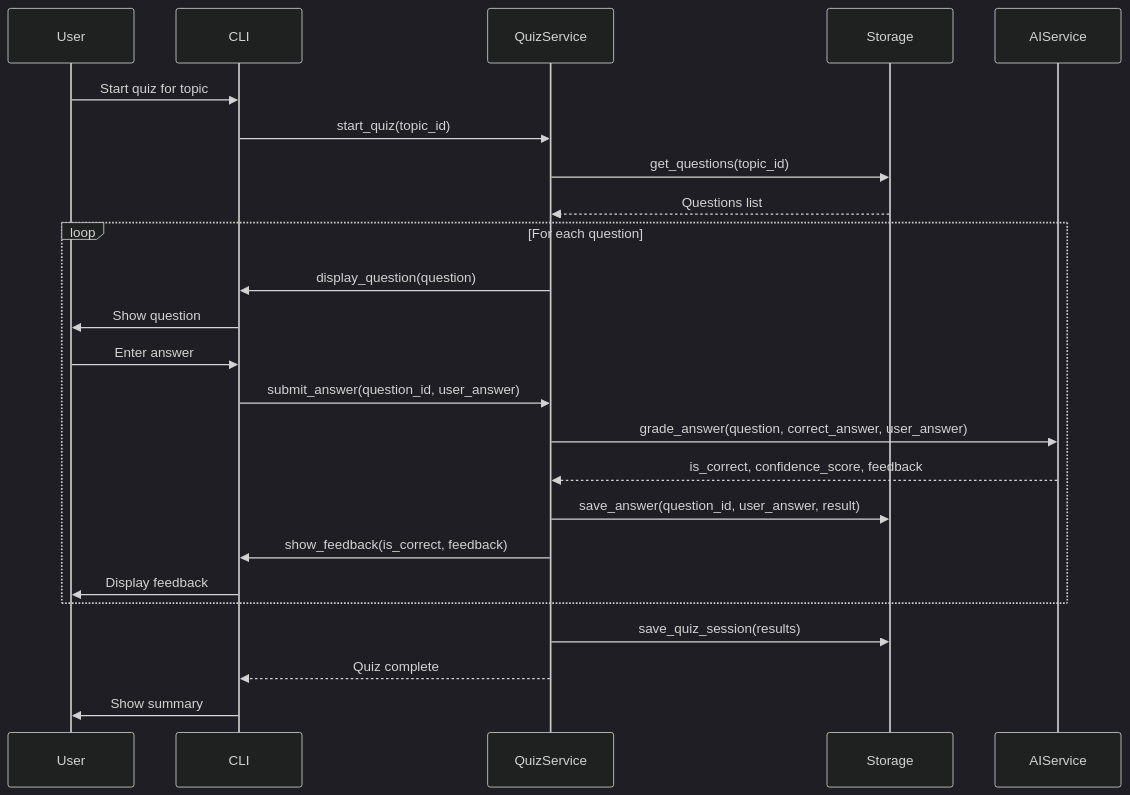
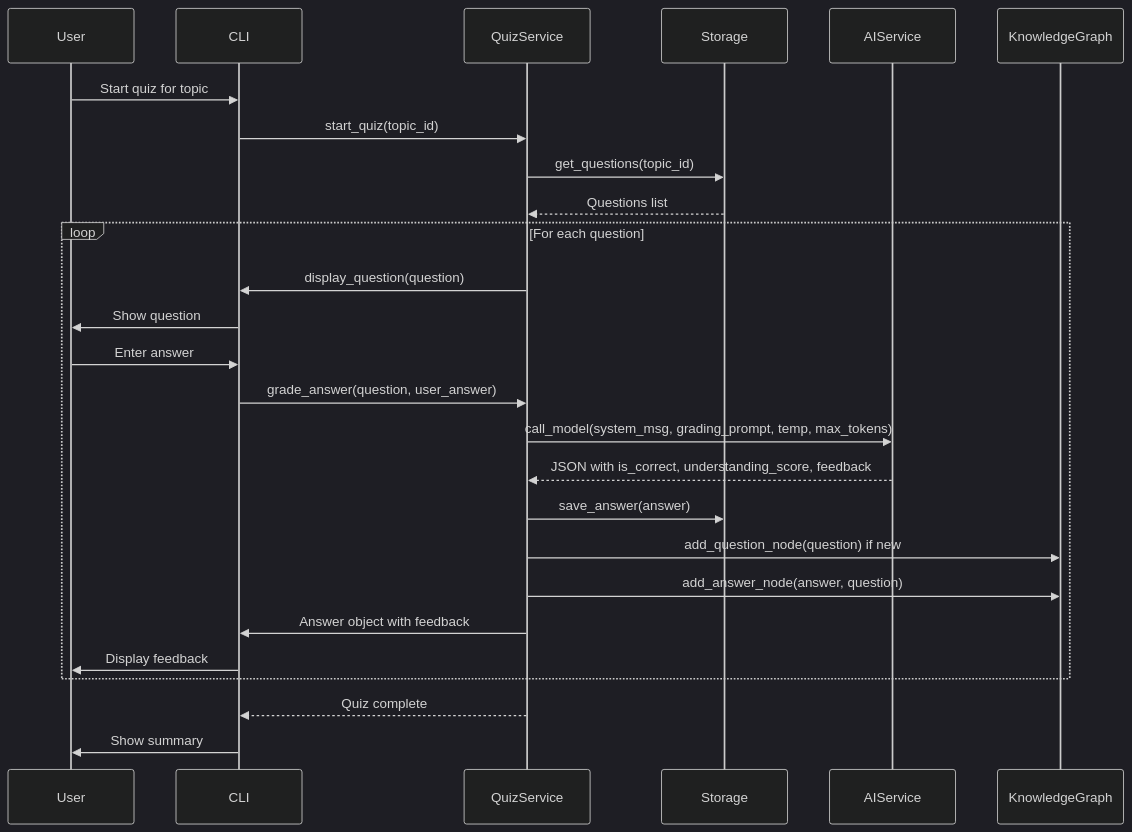
Before and after one commit to bryanchanrgb/inkling: the second of 2 diagrams in README.md, drawn with Mermaid (dark theme). The commit also changed other lines of this file and 1 other file, not shown here.

````diff
--- a/README.md
+++ b/README.md
@@ -95,27 +103,29 @@
 ```mermaid
 sequenceDiagram
     participant User
     participant CLI
     participant QuizService
     participant Storage
     participant AIService
+    participant KnowledgeGraph
     
     User->>CLI: Start quiz for topic
     CLI->>QuizService: start_quiz(topic_id)
     QuizService->>Storage: get_questions(topic_id)
     Storage-->>QuizService: Questions list
     loop For each question
         QuizService->>CLI: display_question(question)
         CLI->>User: Show question
         User->>CLI: Enter answer
-        CLI->>QuizService: submit_answer(question_id, user_answer)
-        QuizService->>AIService: grade_answer(question, correct_answer, user_answer)
-        AIService-->>QuizService: is_correct, confidence_score, feedback
-        QuizService->>Storage: save_answer(question_id, user_answer, result)
-        QuizService->>CLI: show_feedback(is_correct, feedback)
+        CLI->>QuizService: grade_answer(question, user_answer)
+        QuizService->>AIService: call_model(system_msg, grading_prompt, temp, max_tokens)
+        AIService-->>QuizService: JSON with is_correct, understanding_score, feedback
+        QuizService->>Storage: save_answer(answer)
+        QuizService->>KnowledgeGraph: add_question_node(question) if new
+        QuizService->>KnowledgeGraph: add_answer_node(answer, question)
+        QuizService->>CLI: Answer object with feedback
         CLI->>User: Display feedback
     end
-    QuizService->>Storage: save_quiz_session(results)
     QuizService-->>CLI: Quiz complete
     CLI->>User: Show summary
 ```
````
